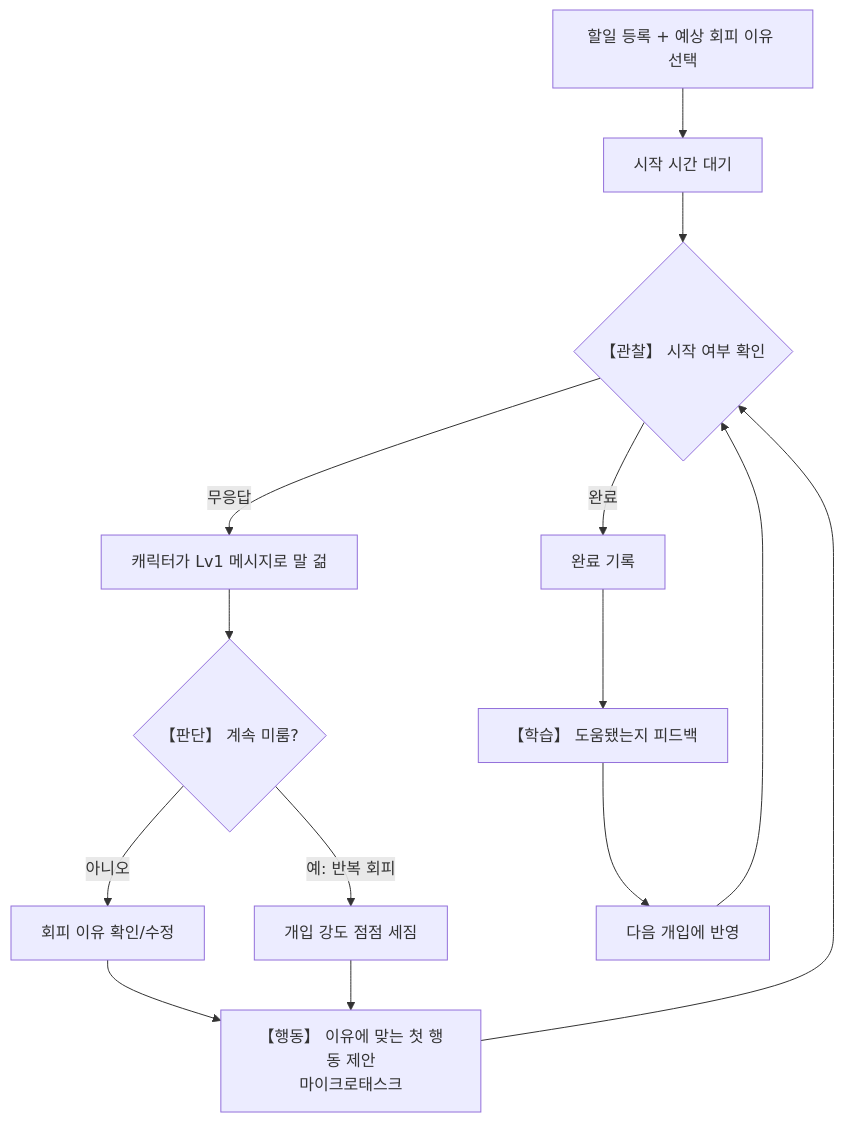
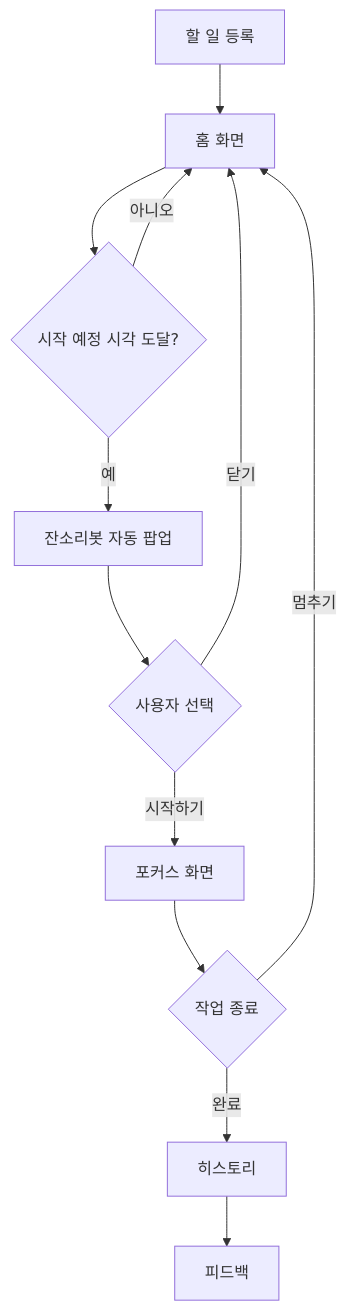
Before and after one commit to Mureung1/hub-showcase: the first of 2 diagrams in docs/plan.md, drawn with Mermaid. The commit also changed other lines of this file and 1 other file, not shown here.

````diff
--- a/docs/plan.md
+++ b/docs/plan.md
@@ -50,16 +64,22 @@
 ```mermaid
 flowchart TD
-    A[할일 등록 + 예상 회피 이유 선택] --> B[시작 시간 대기]
-    B --> C{【관찰】 시작 여부 확인}
-    C -- 무응답 --> D[캐릭터가 Lv1 메시지로 말 걺]
-    C -- 완료 --> E[완료 기록]
-    D --> F{【판단】 계속 미룸?}
-    F -- 아니오 --> G[회피 이유 확인/수정]
-    F -- 예: 반복 회피 --> H[개입 강도 점점 세짐]
-    G --> I[【행동】 이유에 맞는 첫 행동 제안\n마이크로태스크]
-    H --> I
-    I --> C
-    E --> J[【학습】 도움됐는지 피드백]
-    J --> K[다음 개입에 반영]
-    K --> C
+    A[할 일 등록] --> B[홈 화면]
+
+    B --> C{시작 예정 시각 도달?}
+
+    C -- 아니오 --> B
+    C -- 예 --> D[잔소리봇 자동 팝업]
+
+    D --> E{사용자 선택}
+
+    E -- 시작하기 --> F[포커스 화면]
+
+    E -- 닫기 --> B
+
+    F --> G{작업 종료}
+
+    G -- 완료 --> H[히스토리]
+    H --> I[피드백]
+
+    G -- 멈추기 --> B
 ```
````
